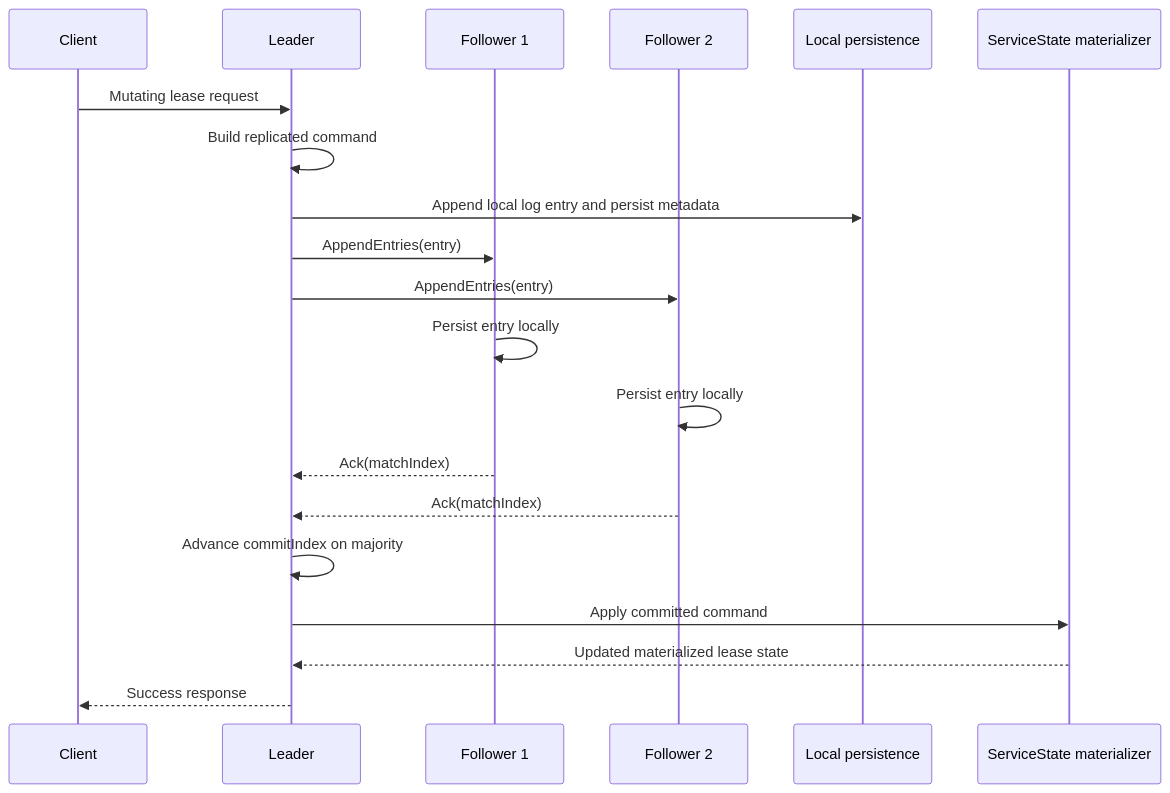
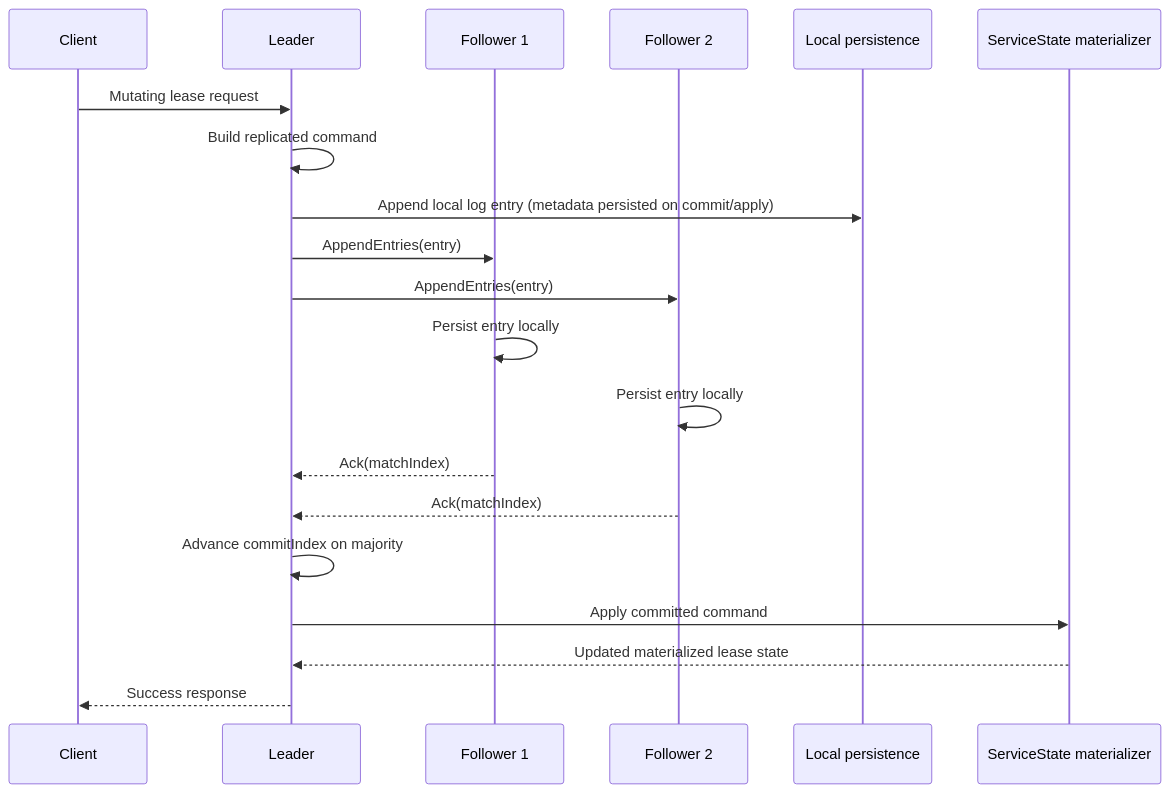
Before and after one commit to richrobertson/tenure: the seventh of 12 diagrams in docs/diagrams/request-flow.md, drawn with Mermaid. The commit also changed other lines of this file, not shown here.

Commit message:
Fix request-flow diagram accuracy

````diff
--- a/docs/diagrams/request-flow.md
+++ b/docs/diagrams/request-flow.md
@@ -112,23 +112,23 @@
 ```mermaid
 sequenceDiagram
     participant C as Client
     participant L as Leader
     participant F1 as Follower 1
     participant F2 as Follower 2
     participant P as Local persistence
     participant SM as ServiceState materializer
 
     C->>L: Mutating lease request
     L->>L: Build replicated command
-    L->>P: Append local log entry and persist metadata
+    L->>P: Append local log entry (metadata persisted on commit/apply)
     L->>F1: AppendEntries(entry)
     L->>F2: AppendEntries(entry)
     F1->>F1: Persist entry locally
     F2->>F2: Persist entry locally
     F1-->>L: Ack(matchIndex)
     F2-->>L: Ack(matchIndex)
     L->>L: Advance commitIndex on majority
     L->>SM: Apply committed command
     SM-->>L: Updated materialized lease state
     L-->>C: Success response
 ```
````
